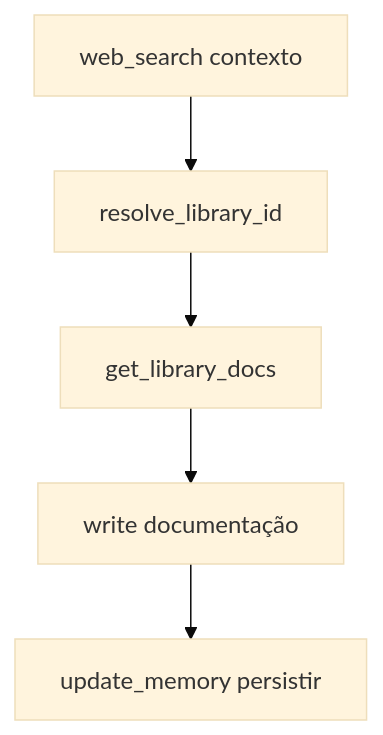
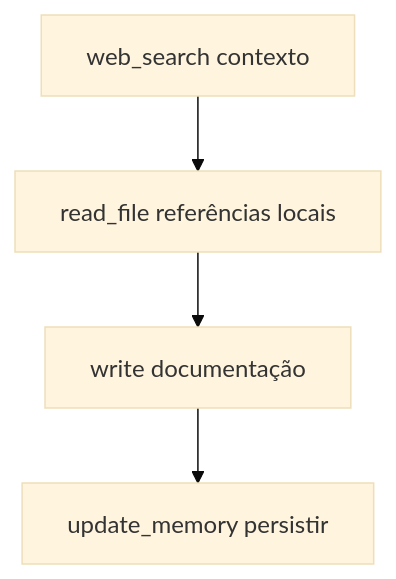
One commit to marciocar/onion-evolve changed the third of 3 diagrams in docs/onion/tools-reference.md. Above: the diagram before and after it, drawn with Mermaid (base theme). The commit also changed other lines of this file and 6 other files, not shown here.

````diff
--- a/docs/onion/tools-reference.md
+++ b/docs/onion/tools-reference.md
@@ -1024,7 +694,6 @@
 ```mermaid
 graph TD
-    A[web_search contexto] --> B[resolve_library_id]
-    B --> C[get_library_docs]
-    C --> D[write documentação]
-    D --> E[update_memory persistir]
+    A[web_search contexto] --> B[read_file referências locais]
+    B --> C[write documentação]
+    C --> D[update_memory persistir]
 ```
````
